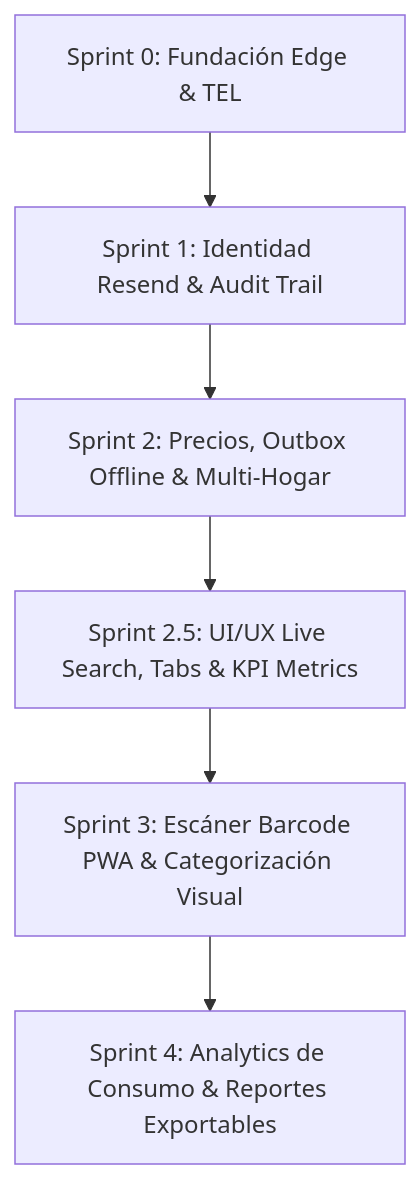
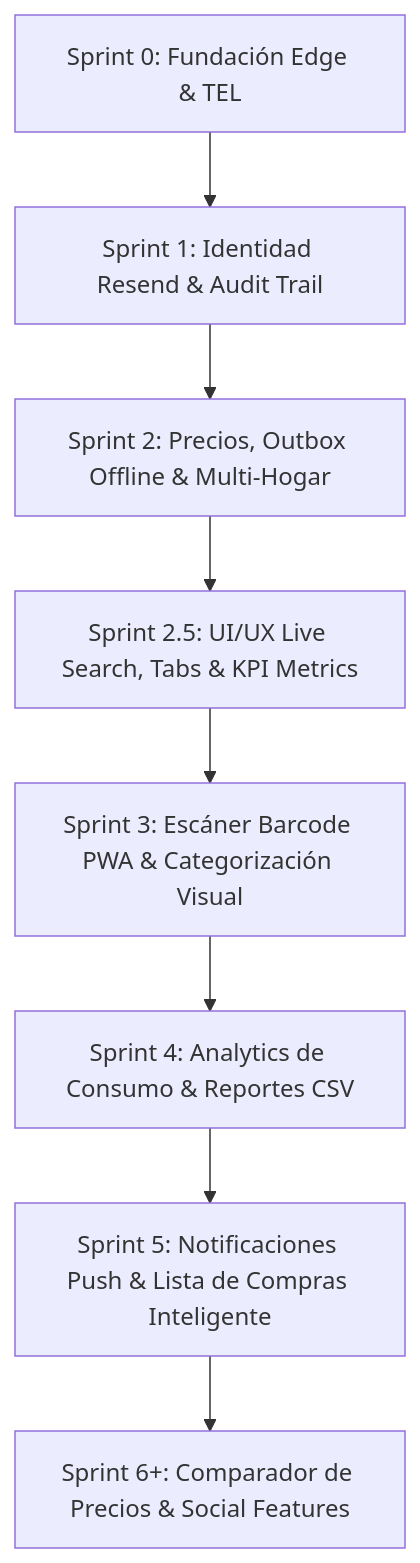
Before and after one commit to admin-biteradigital-com/web-api-midespensa: the diagram in 82_sprint_roadmap_master_plan.md, drawn with Mermaid. The commit also changed other lines of this file and 2 other files, not shown here.

Commit message:
docs(sprint-4): close Sprint 4 - update roadmap, backlog PB-08 done, add 83_sprint_4_execution_report, plan Sprint 5 Push+ShoppingList

````diff
--- a/82_sprint_roadmap_master_plan.md
+++ b/82_sprint_roadmap_master_plan.md
@@ -26,8 +29,10 @@
 ```mermaid
 graph TD
     S0[Sprint 0: Fundación Edge & TEL] --> S1[Sprint 1: Identidad Resend & Audit Trail]
     S1 --> S2[Sprint 2: Precios, Outbox Offline & Multi-Hogar]
     S2 --> S25[Sprint 2.5: UI/UX Live Search, Tabs & KPI Metrics]
     S25 --> S3[Sprint 3: Escáner Barcode PWA & Categorización Visual]
-    S3 --> S4[Sprint 4: Analytics de Consumo & Reportes Exportables]
+    S3 --> S4[Sprint 4: Analytics de Consumo & Reportes CSV]
+    S4 --> S5[Sprint 5: Notificaciones Push & Lista de Compras Inteligente]
+    S5 --> S6[Sprint 6+: Comparador de Precios & Social Features]
 ```
````
